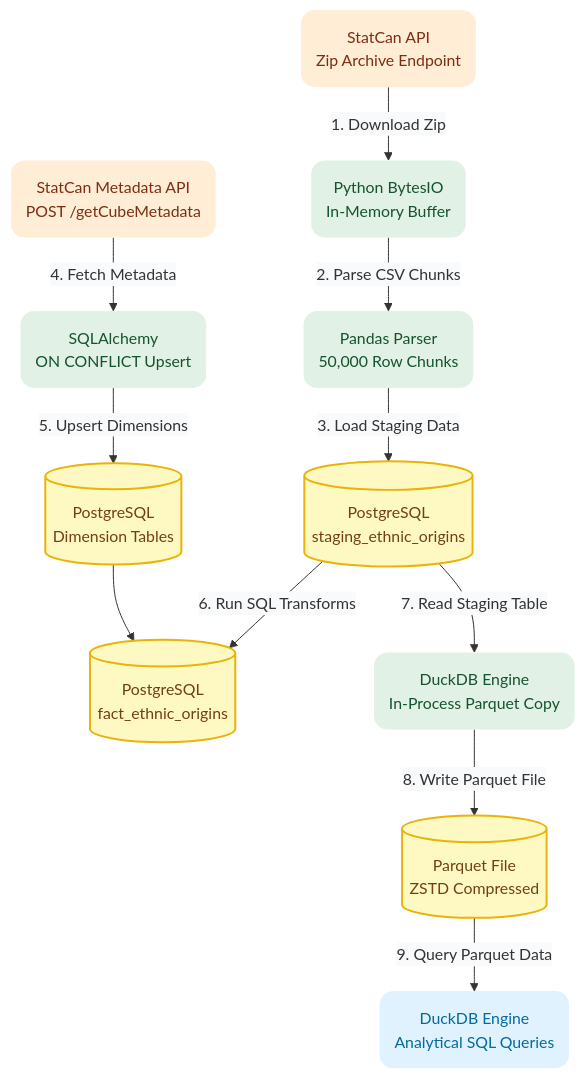
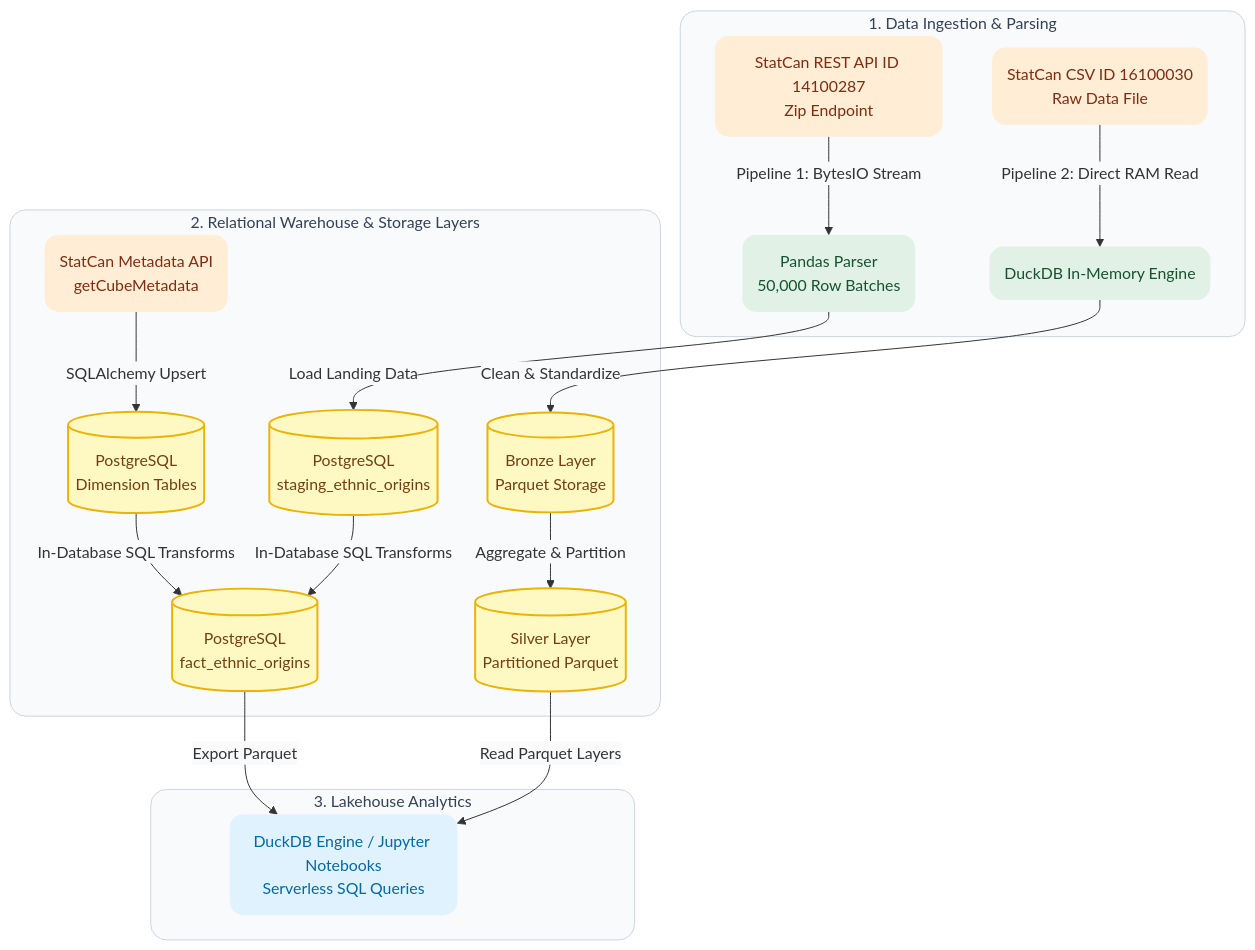
Before and after one commit to Vivianwcao/StatCanada-ELT-pipeline: the first of 2 diagrams in README.md, drawn with Mermaid. The commit also changed other lines of this file, not shown here.

````diff
--- a/README.md
+++ b/README.md
@@ -29,40 +30,36 @@
 ```mermaid
 %%{init: {'themeVariables': { 'edgeLabelBackground': '#F8FAFC' }}}%%
 flowchart TD
-    A("StatCan API<br/>Zip Archive Endpoint")
-    B("Python BytesIO<br/>In-Memory Buffer")
-    C("Pandas Parser<br/>50,000 Row Chunks")
-    D[("PostgreSQL<br/>staging_ethnic_origins")]
+    subgraph Ingestion ["1. Data Ingestion & Parsing"]
+        A1("StatCan REST API ID 14100287<br/>Zip Endpoint") -->|"Pipeline 1: BytesIO Stream"| B1("Pandas Parser<br/>50,000 Row Batches")
+        A2("StatCan CSV ID 16100030<br/>Raw Data File") -->|"Pipeline 2: Direct RAM Read"| B2("DuckDB In-Memory Engine")
+    end
 
-    E("StatCan Metadata API<br/>POST /getCubeMetadata")
-    F("SQLAlchemy<br/>ON CONFLICT Upsert")
-    G[("PostgreSQL<br/>Dimension Tables")]
-    H[("PostgreSQL<br/>fact_ethnic_origins")]
+    subgraph Transformation ["2. Relational Warehouse & Storage Layers"]
+        B1 -->|"Load Landing Data"| C1[("PostgreSQL<br/>staging_ethnic_origins")]
+        D1("StatCan Metadata API<br/>getCubeMetadata") -->|"SQLAlchemy Upsert"| E1[("PostgreSQL<br/>Dimension Tables")]
+        C1 & E1 -->|"In-Database SQL Transforms"| F1[("PostgreSQL<br/>fact_ethnic_origins")]
+        
+        B2 -->|"Clean & Standardize"| C2[("Bronze Layer<br/>Parquet Storage")]
+        C2 -->|"Aggregate & Partition"| D2[("Silver Layer<br/>Partitioned Parquet")]
+    end
 
-    I("DuckDB Engine<br/>In-Process Parquet Copy")
-    J[("Parquet File<br/>ZSTD Compressed")]
-    K("DuckDB Engine<br/>Analytical SQL Queries")
-
-    A -->|"1. Download Zip"| B
-    B -->|"2. Parse CSV Chunks"| C
-    C -->|"3. Load Staging Data"| D
-
-    E -->|"4. Fetch Metadata"| F
-    F -->|"5. Upsert Dimensions"| G
-    D -->|"6. Run SQL Transforms"| H
-    G --> H
-
-    D -->|"7. Read Staging Table"| I
-    I -->|"8. Write Parquet File"| J
-    J -->|"9. Query Parquet Data"| K
+    subgraph Analytics ["3. Lakehouse Analytics"]
+        F1 -->|"Export Parquet"| G("DuckDB Engine / Jupyter Notebooks<br/>Serverless SQL Queries")
+        D2 -->|"Read Parquet Layers"| G
+    end
 
     classDef trigger fill:#E0F2FE,stroke:none,color:#0369A1,rx:14px,ry:14px;
     classDef compute fill:#E2F1E6,stroke:none,color:#14532D,rx:14px,ry:14px;
     classDef storage fill:#FEF9C3,stroke:#EAB308,stroke-width:2px,color:#713F12;
     classDef external fill:#FFEDD5,stroke:none,color:#7C2D12,rx:14px,ry:14px;
 
-    class A,E external;
-    class B,C,F,I compute;
-    class D,G,H,J storage;
-    class K trigger;
+    class A1,D1,A2 external;
+    class B1,B2 compute;
+    class C1,E1,F1,C2,D2 storage;
+    class G trigger;
+
+    style Ingestion fill:#F8FAFC,stroke:#CBD5E1,rx:16px,ry:16px,color:#334155;
+    style Transformation fill:#F8FAFC,stroke:#CBD5E1,rx:16px,ry:16px,color:#334155;
+    style Analytics fill:#F8FAFC,stroke:#CBD5E1,rx:16px,ry:16px,color:#334155;
 ```
````
